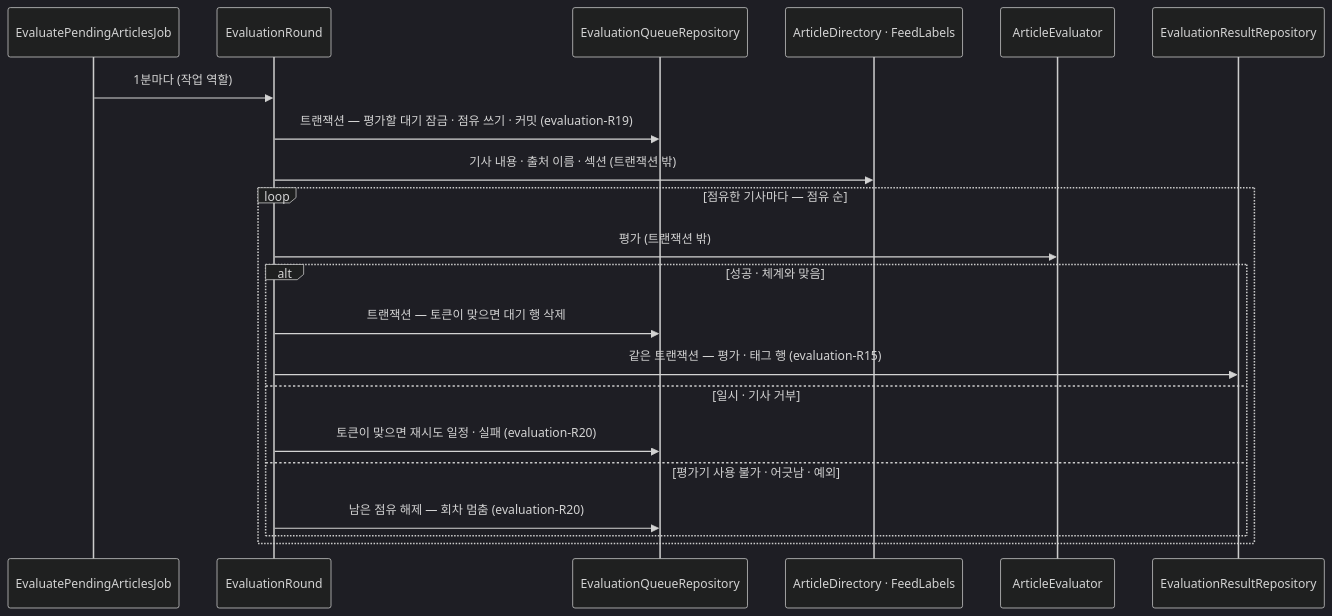
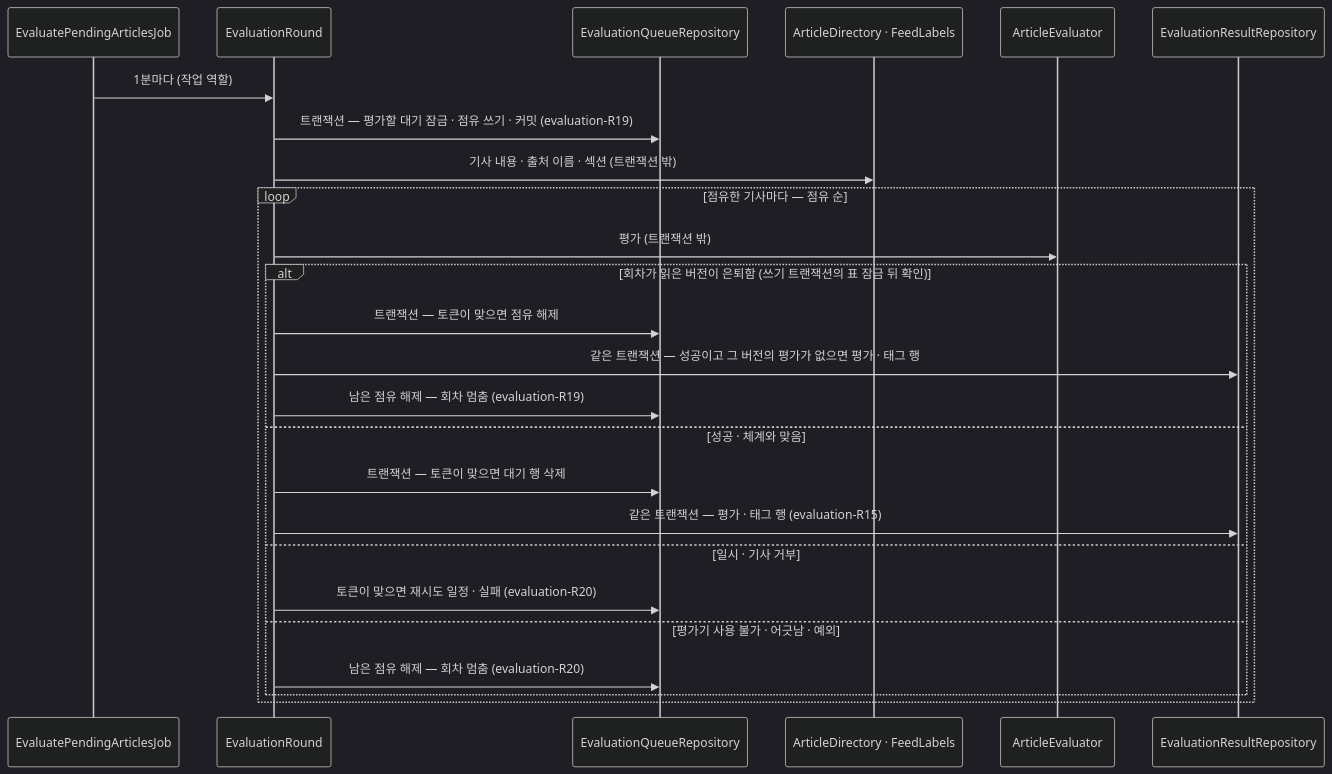
The third of 3 diagrams in docs/specs/evaluation.md (Theia0382/yozm-news), drawn with Mermaid (dark theme) before and after one commit. The commit also changed other lines of this file and 10 other files, not shown here.

````diff
--- a/docs/specs/evaluation.md
+++ b/docs/specs/evaluation.md
@@ -311,24 +454,28 @@
 ```mermaid
 sequenceDiagram
     participant J as EvaluatePendingArticlesJob
     participant R as EvaluationRound
     participant Q as EvaluationQueueRepository
     participant A as ArticleDirectory · FeedLabels
     participant E as ArticleEvaluator
     participant Res as EvaluationResultRepository
 
     J->>R: 1분마다 (작업 역할)
     R->>Q: 트랜잭션 — 평가할 대기 잠금 · 점유 쓰기 · 커밋 (evaluation-R19)
     R->>A: 기사 내용 · 출처 이름 · 섹션 (트랜잭션 밖)
     loop 점유한 기사마다 — 점유 순
         R->>E: 평가 (트랜잭션 밖)
-        alt 성공 · 체계와 맞음
+        alt 회차가 읽은 버전이 은퇴함 (쓰기 트랜잭션의 표 잠금 뒤 확인)
+            R->>Q: 트랜잭션 — 토큰이 맞으면 점유 해제
+            R->>Res: 같은 트랜잭션 — 성공이고 그 버전의 평가가 없으면 평가 · 태그 행
+            R->>Q: 남은 점유 해제 — 회차 멈춤 (evaluation-R19)
+        else 성공 · 체계와 맞음
             R->>Q: 트랜잭션 — 토큰이 맞으면 대기 행 삭제
             R->>Res: 같은 트랜잭션 — 평가 · 태그 행 (evaluation-R15)
         else 일시 · 기사 거부
             R->>Q: 토큰이 맞으면 재시도 일정 · 실패 (evaluation-R20)
         else 평가기 사용 불가 · 어긋남 · 예외
             R->>Q: 남은 점유 해제 — 회차 멈춤 (evaluation-R20)
         end
     end
 ```
````
